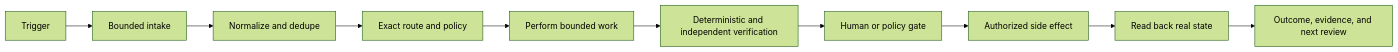
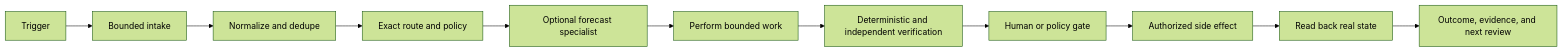
Before and after one commit to dillonmohr8777/dillon-os: the diagram in 12_Brain/03_Concepts/Automation and Workflow Engineering.md, drawn with Mermaid (forest theme). The commit also changed other lines of this file and 50 other files, not shown here.

First line of the commit message:
Compile TimesFM-3 into a specialist forecast router.

````diff
--- a/12_Brain/03_Concepts/Automation and Workflow Engineering.md
+++ b/12_Brain/03_Concepts/Automation and Workflow Engineering.md
@@ -34,12 +36,13 @@
 ```mermaid
 flowchart LR
     Trigger["Trigger"] --> Intake["Bounded intake"]
     Intake --> Normalize["Normalize and dedupe"]
     Normalize --> Route["Exact route and policy"]
-    Route --> Work["Perform bounded work"]
+    Route --> Forecast["Optional forecast specialist"]
+    Forecast --> Work["Perform bounded work"]
     Work --> Verify["Deterministic and independent verification"]
     Verify --> Gate["Human or policy gate"]
     Gate --> Act["Authorized side effect"]
     Act --> Readback["Read back real state"]
     Readback --> Ledger["Outcome, evidence, and next review"]
 ```
````
